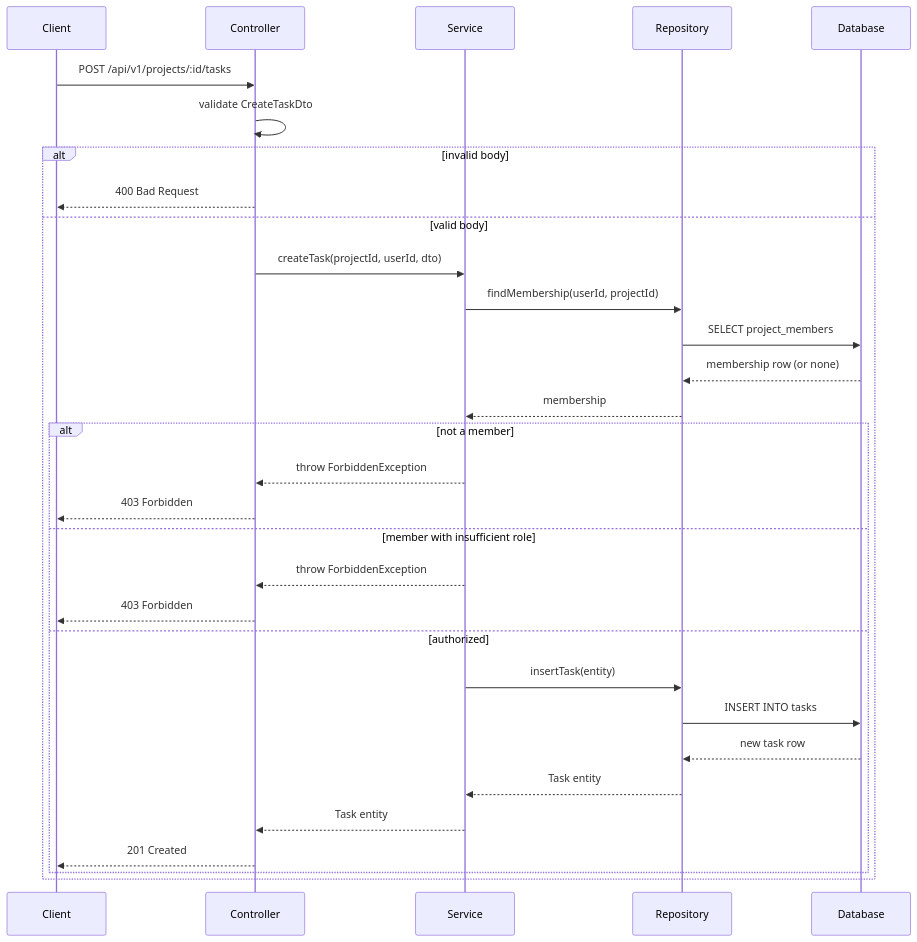
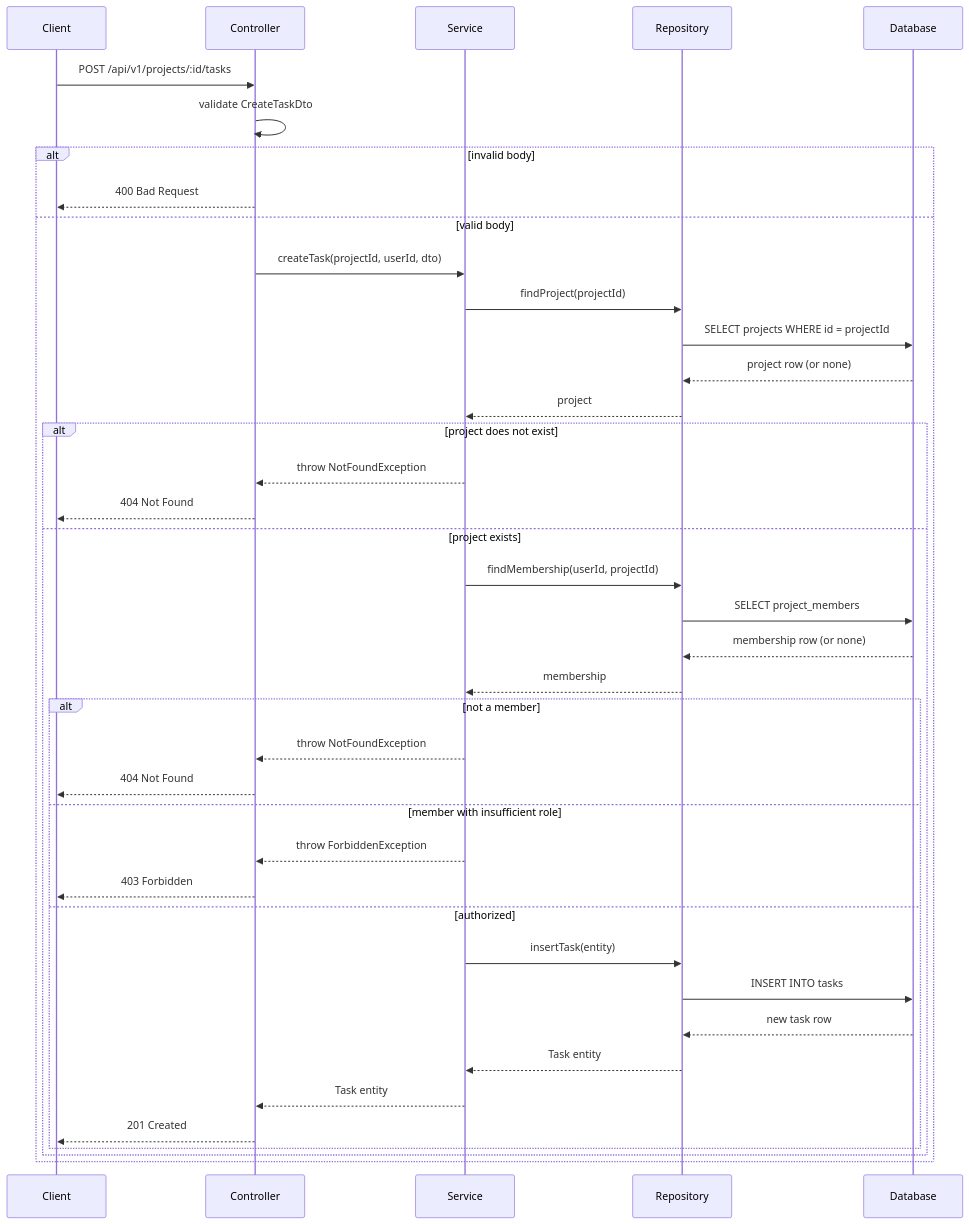
Before and after one commit to kinza711/week-7: the second of 2 diagrams in DESIGN.md, drawn with Mermaid. The commit also changed other lines of this file, not shown here.

Commit message:
fix: coderabbitai all major updates fixes

````diff
--- a/DESIGN.md
+++ b/DESIGN.md
@@ -162,34 +158,43 @@
 ```mermaid
 sequenceDiagram
     participant Client
     participant Controller
     participant Service
     participant Repository
     participant Database
 
     Client->>Controller: POST /api/v1/projects/:id/tasks
     Controller->>Controller: validate CreateTaskDto
     alt invalid body
         Controller-->>Client: 400 Bad Request
     else valid body
         Controller->>Service: createTask(projectId, userId, dto)
-        Service->>Repository: findMembership(userId, projectId)
-        Repository->>Database: SELECT project_members
-        Database-->>Repository: membership row (or none)
-        Repository-->>Service: membership
-        alt not a member
-            Service-->>Controller: throw ForbiddenException
-            Controller-->>Client: 403 Forbidden
-        else member with insufficient role
-            Service-->>Controller: throw ForbiddenException
-            Controller-->>Client: 403 Forbidden
-        else authorized
-            Service->>Repository: insertTask(entity)
-            Repository->>Database: INSERT INTO tasks
-            Database-->>Repository: new task row
-            Repository-->>Service: Task entity
-            Service-->>Controller: Task entity
-            Controller-->>Client: 201 Created
+        Service->>Repository: findProject(projectId)
+        Repository->>Database: SELECT projects WHERE id = projectId
+        Database-->>Repository: project row (or none)
+        Repository-->>Service: project
+        alt project does not exist
+            Service-->>Controller: throw NotFoundException
+            Controller-->>Client: 404 Not Found
+        else project exists
+            Service->>Repository: findMembership(userId, projectId)
+            Repository->>Database: SELECT project_members
+            Database-->>Repository: membership row (or none)
+            Repository-->>Service: membership
+            alt not a member
+                Service-->>Controller: throw NotFoundException
+                Controller-->>Client: 404 Not Found
+            else member with insufficient role
+                Service-->>Controller: throw ForbiddenException
+                Controller-->>Client: 403 Forbidden
+            else authorized
+                Service->>Repository: insertTask(entity)
+                Repository->>Database: INSERT INTO tasks
+                Database-->>Repository: new task row
+                Repository-->>Service: Task entity
+                Service-->>Controller: Task entity
+                Controller-->>Client: 201 Created
+            end
         end
     end
 ```
````
